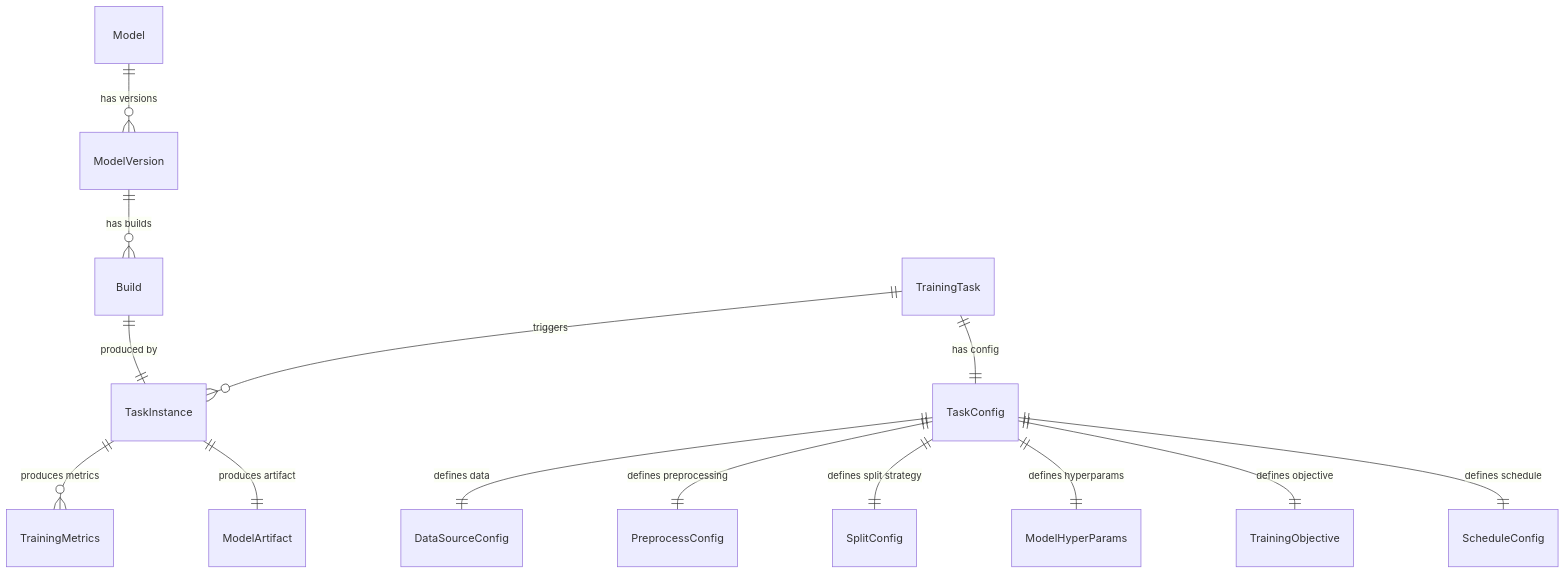
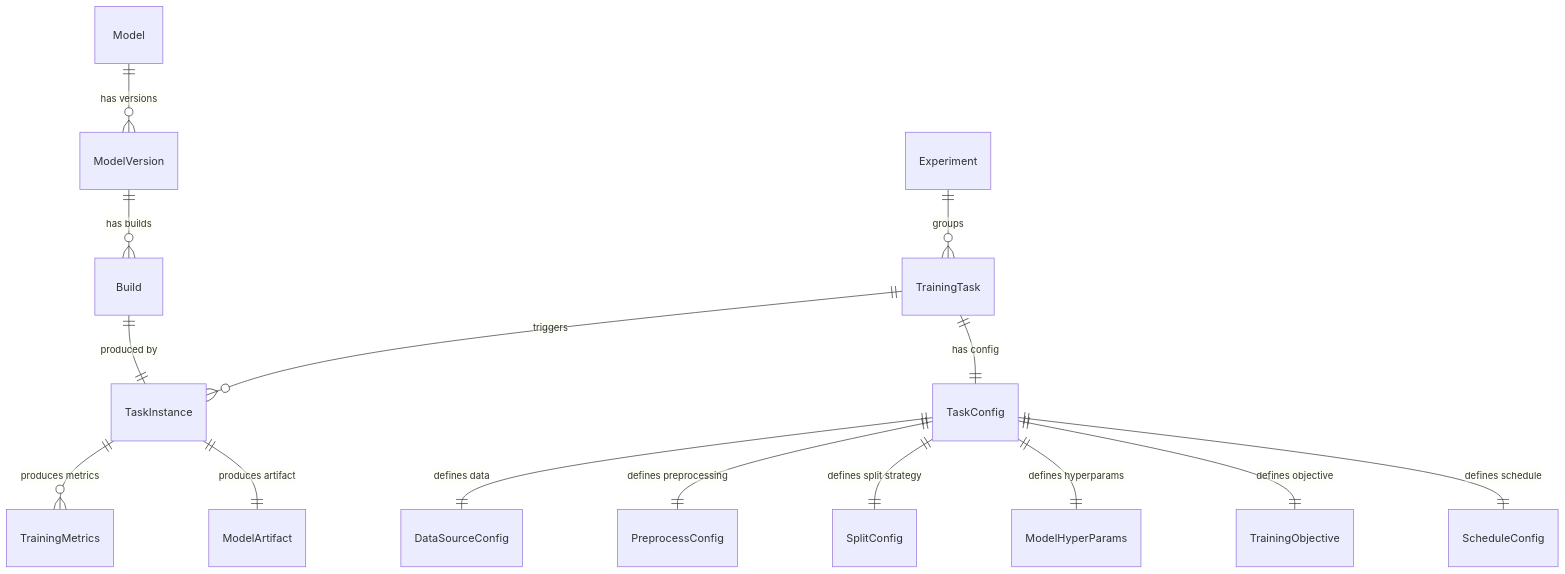
The second of 7 diagrams in docs/architecture/系统架构说明.md (Cedric-Chan/ModelExperiment), drawn with Mermaid before and after one commit. The commit also changed other lines of this file and 7 other files, not shown here.

````diff
--- a/docs/architecture/系统架构说明.md
+++ b/docs/architecture/系统架构说明.md
@@ -79,18 +72,19 @@
 ```mermaid
 erDiagram
     Model ||--o{ ModelVersion : "has versions"
     ModelVersion ||--o{ Build : "has builds"
     Build ||--|| TaskInstance : "produced by"
 
+    Experiment ||--o{ TrainingTask : "groups"
     TrainingTask ||--o{ TaskInstance : "triggers"
     TrainingTask ||--|| TaskConfig : "has config"
     TaskConfig ||--|| DataSourceConfig : "defines data"
     TaskConfig ||--|| PreprocessConfig : "defines preprocessing"
     TaskConfig ||--|| SplitConfig : "defines split strategy"
     TaskConfig ||--|| ModelHyperParams : "defines hyperparams"
     TaskConfig ||--|| TrainingObjective : "defines objective"
     TaskConfig ||--|| ScheduleConfig : "defines schedule"
 
     TaskInstance ||--o{ TrainingMetrics : "produces metrics"
     TaskInstance ||--|| ModelArtifact : "produces artifact"
 ```
````
